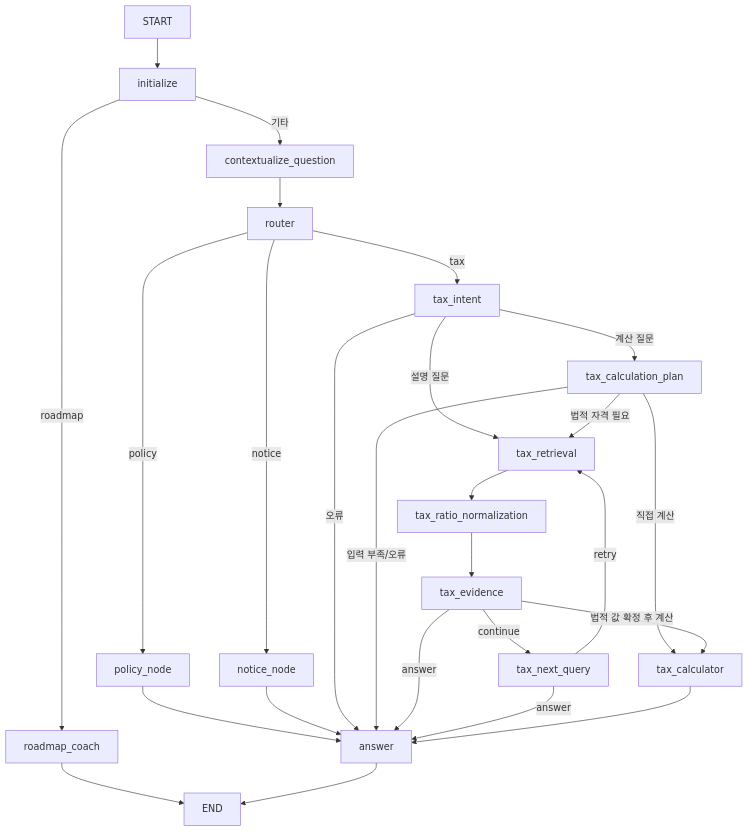
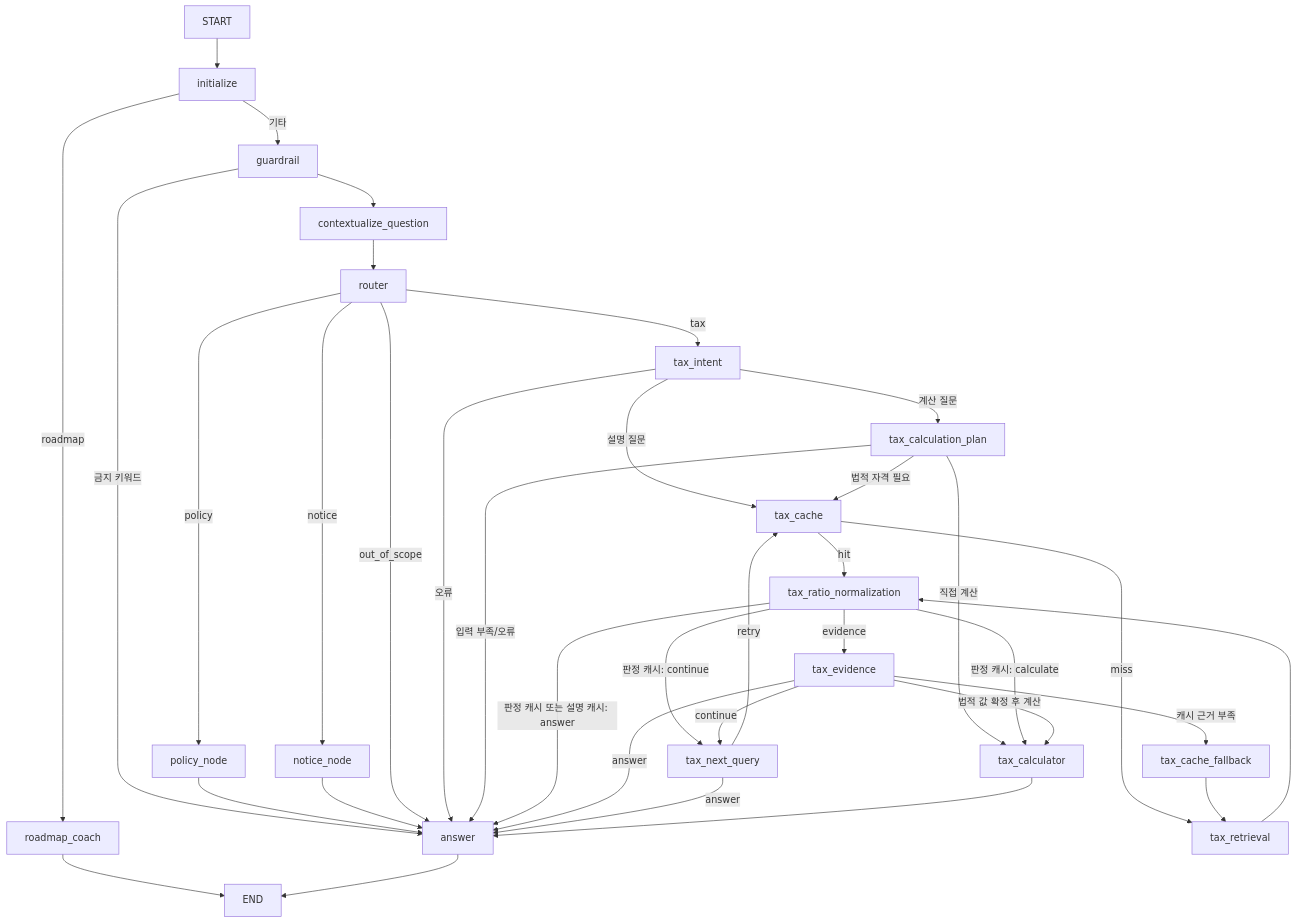
Before and after one commit to SKNETWORKS-FAMILY-AICAMP/SKN34-3rd-3Team: the diagram in LLM/LANGGRAPH_ARCHITECTURE.md, drawn with Mermaid. The commit also changed other lines of this file and 19 other files, not shown here.

````diff
--- a/LLM/LANGGRAPH_ARCHITECTURE.md
+++ b/LLM/LANGGRAPH_ARCHITECTURE.md
@@ -148,36 +172,48 @@
 ```mermaid
 flowchart TD
     START --> initialize
     initialize -->|roadmap| roadmap_coach
     roadmap_coach --> END
-    initialize -->|기타| contextualize_question
+    initialize -->|기타| guardrail
+    guardrail -->|금지 키워드| answer
+    guardrail --> contextualize_question
     contextualize_question --> router
 
     router -->|policy| policy_node
     policy_node --> answer
 
     router -->|notice| notice_node
     notice_node --> answer
 
+    router -->|out_of_scope| answer
+
     router -->|tax| tax_intent
-    tax_intent -->|설명 질문| tax_retrieval
+    tax_intent -->|설명 질문| tax_cache
     tax_intent -->|계산 질문| tax_calculation_plan
     tax_intent -->|오류| answer
 
     tax_calculation_plan -->|입력 부족/오류| answer
     tax_calculation_plan -->|직접 계산| tax_calculator
-    tax_calculation_plan -->|법적 자격 필요| tax_retrieval
+    tax_calculation_plan -->|법적 자격 필요| tax_cache
 
+    tax_cache -->|hit| tax_ratio_normalization
+    tax_cache -->|miss| tax_retrieval
     tax_retrieval --> tax_ratio_normalization
-    tax_ratio_normalization --> tax_evidence
+
+    tax_ratio_normalization -->|evidence| tax_evidence
+    tax_ratio_normalization -->|판정 캐시: continue| tax_next_query
+    tax_ratio_normalization -->|판정 캐시 또는 설명 캐시: answer| answer
+    tax_ratio_normalization -->|판정 캐시: calculate| tax_calculator
 
     tax_evidence -->|continue| tax_next_query
     tax_evidence -->|answer| answer
     tax_evidence -->|법적 값 확정 후 계산| tax_calculator
+    tax_evidence -->|캐시 근거 부족| tax_cache_fallback
+    tax_cache_fallback --> tax_retrieval
 
-    tax_next_query -->|retry| tax_retrieval
+    tax_next_query -->|retry| tax_cache
     tax_next_query -->|answer| answer
 
     tax_calculator --> answer
     answer --> END
 ```
````
